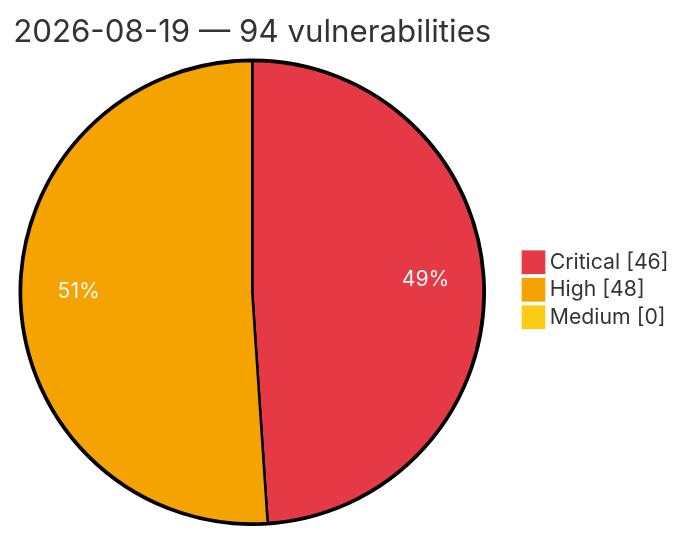
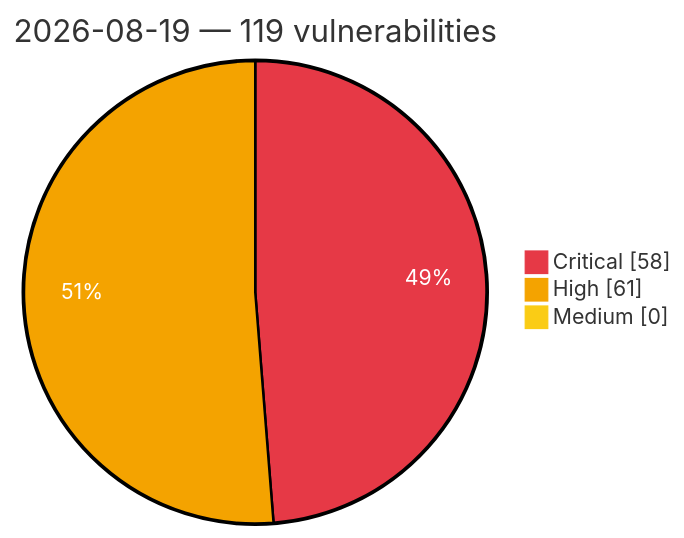
One commit to GhostX0X/vuln-tracker changed the diagram in vulnerabilities/2026/August/2026-08-19.md. Above: the diagram before and after it, drawn with Mermaid. The commit also changed other lines of this file and 5 other files, not shown here.

Commit message:
Auto update: critical/high vulns (2026-08-19 20:36 UTC)

````diff
--- a/vulnerabilities/2026/August/2026-08-19.md
+++ b/vulnerabilities/2026/August/2026-08-19.md
@@ -3,8 +3,8 @@
 ```mermaid
 %%{init: {'theme':'base', 'themeVariables': {'pie1':'#e63946', 'pie2':'#f4a300', 'pie3':'#facc15', 'pieOpacity':'1', 'pieOuterStrokeWidth':'2px', 'pieSectionTextColor':'#ffffff'}}}%%
 pie showData
-    title 2026-08-19 — 94 vulnerabilities
-    "Critical" : 46
-    "High" : 48
+    title 2026-08-19 — 119 vulnerabilities
+    "Critical" : 58
+    "High" : 61
     "Medium" : 0
 ```
````
